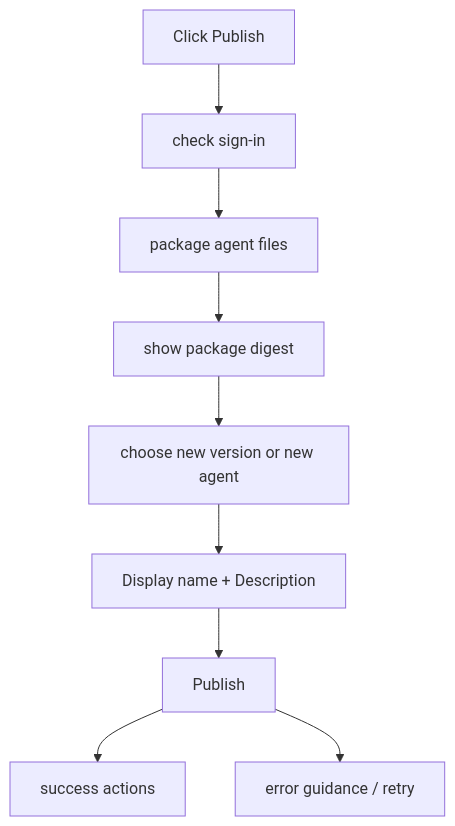
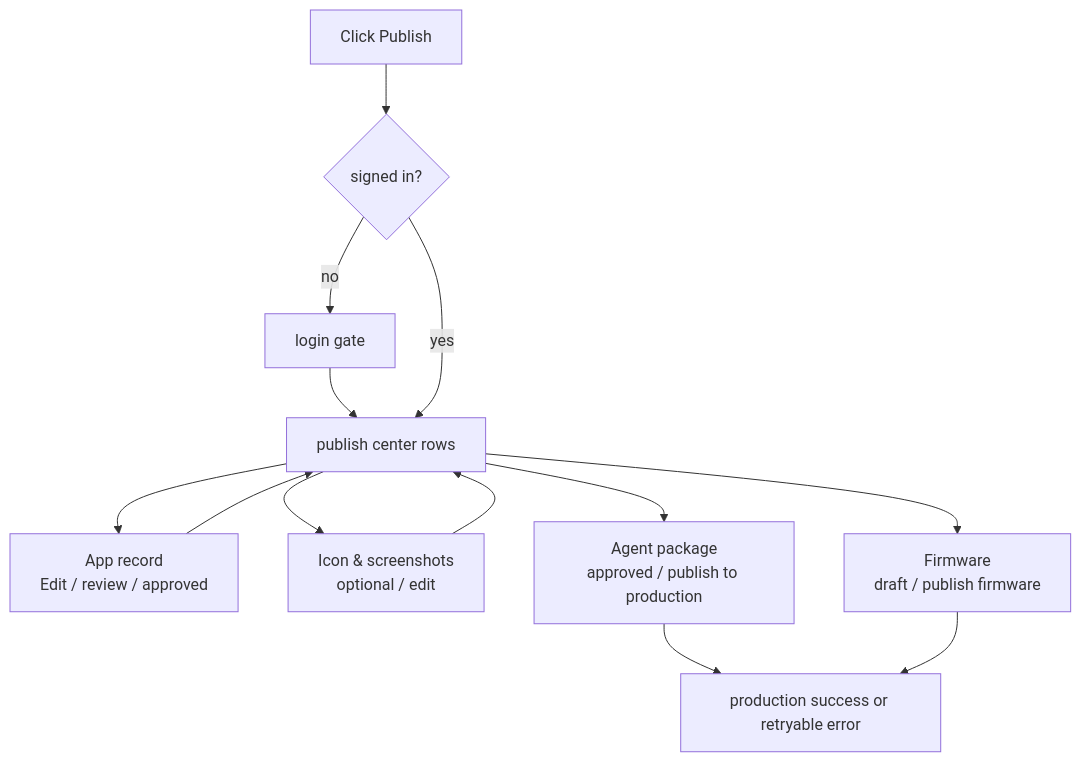
One commit to mynoraai/nora-harness-client changed the second of 2 diagrams in ui-contracts/agent-authoring/authoring-runtime.md. Above: the diagram before and after it, drawn with Mermaid. The commit also changed other lines of this file and 34 other files, not shown here.

````diff
--- a/ui-contracts/agent-authoring/authoring-runtime.md
+++ b/ui-contracts/agent-authoring/authoring-runtime.md
@@ -69,11 +69,15 @@
 ```mermaid
 flowchart TD
-  Open["Click Publish"] --> Auth["check sign-in"]
-  Auth --> Build["package agent files"]
-  Build --> Digest["show package digest"]
-  Digest --> Mode["choose new version or new agent"]
-  Mode --> Fields["Display name + Description"]
-  Fields --> Submit["Publish"]
-  Submit --> Success["success actions"]
-  Submit --> Error["error guidance / retry"]
+  Open["Click Publish"] --> Auth{"signed in?"}
+  Auth -- "no" --> Login["login gate"]
+  Login --> Center["publish center rows"]
+  Auth -- "yes" --> Center
+  Center --> App["App record<br/>Edit / review / approved"]
+  Center --> Media["Icon & screenshots<br/>optional / edit"]
+  Center --> Package["Agent package<br/>approved / publish to production"]
+  Center --> Firmware["Firmware<br/>draft / publish firmware"]
+  App --> Center
+  Media --> Center
+  Package --> Success["production success or retryable error"]
+  Firmware --> Success
 ```
````
